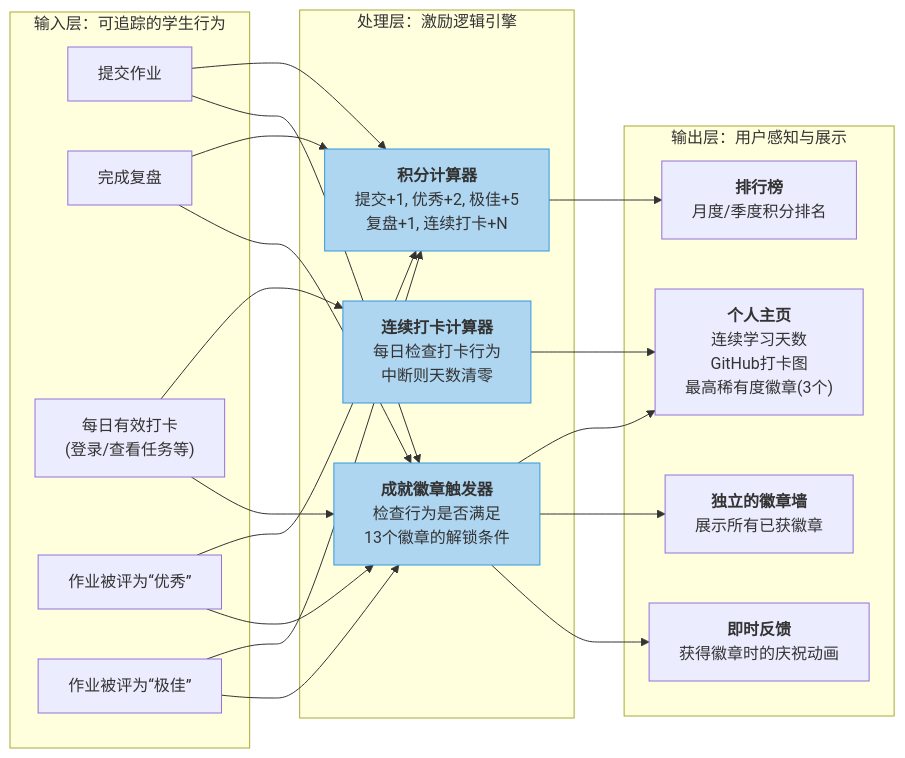
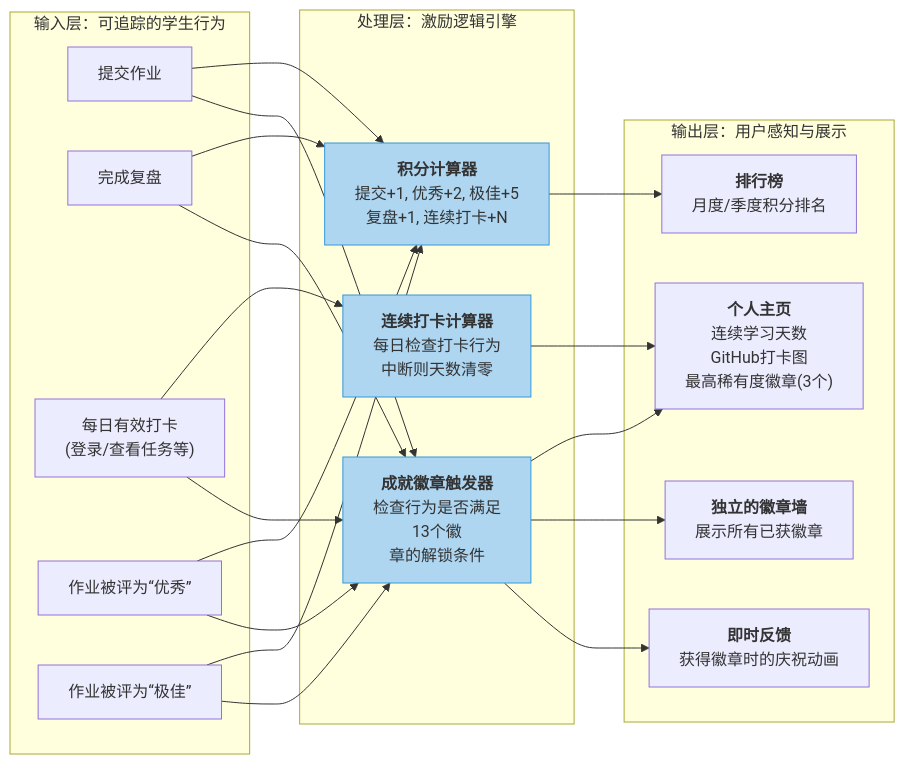
The seventh of 9 diagrams in docs/筑真小程序功能可视图.md (majokk32/MVP_zhuzhen), drawn with Mermaid before and after one commit. The commit also changed 24 other files, not shown here.

````diff
--- a/docs/筑真小程序功能可视图.md
+++ b/docs/筑真小程序功能可视图.md
@@ -375,39 +375,40 @@
 ```mermaid
 %% 图7：学习激励系统 - 数据、徽章与排行逻辑图
 graph LR
     subgraph "输入层：可追踪的学生行为"
         A1["提交作业"];
         A2["完成复盘"];
         A3["每日有效打卡<br>(登录/查看任务等)"];
         A4["作业被评为“优秀”"];
         A5["作业被评为“极佳”"];
     end
 
     subgraph "处理层：激励逻辑引擎"
         B1["<b>积分计算器</b><br>提交+1, 优秀+2, 极佳+5<br>复盘+1, 连续打卡+N"];
         B2["<b>连续打卡计算器</b><br>每日检查打卡行为<br>中断则天数清零"];
-        B3["<b>成就徽章触发器</b><br>检查行为是否满足<br>13个徽章的解锁条件"];
+        B3["<b>成就徽章触发器</b><br>检查行为是否满足<br>13个徽
+        章的解锁条件"];
     end
 
     subgraph "输出层：用户感知与展示"
         C1["<b>个人主页</b><br>连续学习天数<br>GitHub打卡图<br>最高稀有度徽章(3个)"];
         C2["<b>排行榜</b><br>月度/季度积分排名"];
         C3["<b>独立的徽章墙</b><br>展示所有已获徽章"];
         C4["<b>即时反馈</b><br>获得徽章时的庆祝动画"];
     end
 
     %% 数据流
     A1 & A2 & A4 & A5 --> B1;
     A3 --> B2;
     A1 & A2 & A3 & A4 & A5 --> B3;
 
     B1 --> C2;
     B2 --> C1;
     B3 --> C1;
     B3 --> C3;
     B3 --> C4;
 
     style B1 fill:#aed6f1,stroke:#3498db,stroke-width:1px;
     style B2 fill:#aed6f1,stroke:#3498db,stroke-width:1px;
     style B3 fill:#aed6f1,stroke:#3498db,stroke-width:1px;
 ```
````
